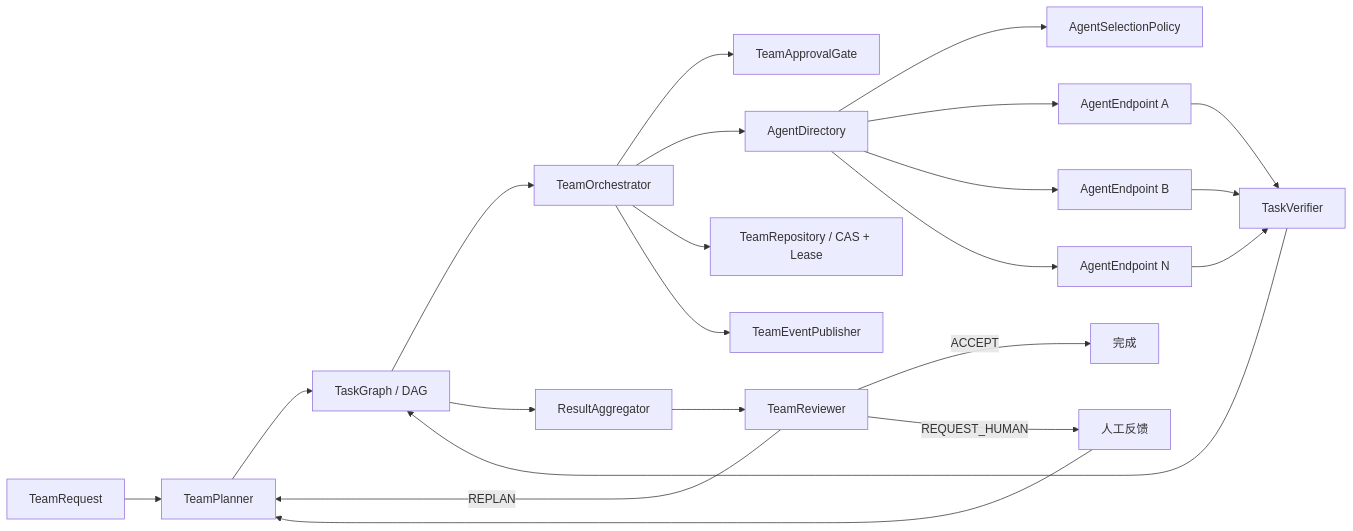
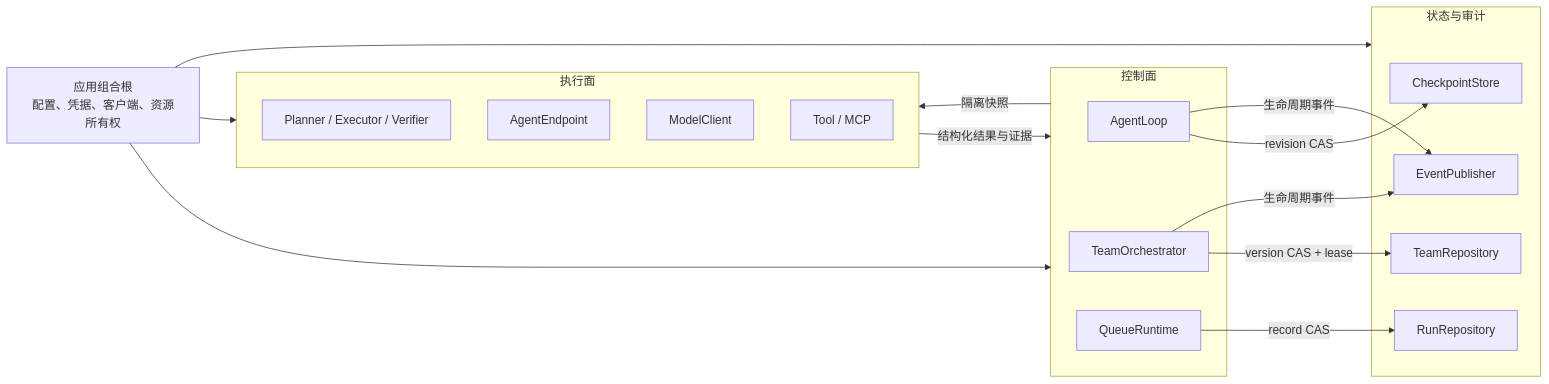
The first of 2 diagrams in docs/architecture.md (huleidada/matterloop), drawn with Mermaid before and after one commit. The commit also changed other lines of this file and 16 other files, not shown here.

````diff
--- a/docs/architecture.md
+++ b/docs/architecture.md
@@ -126,24 +29,35 @@
 ```mermaid
 flowchart LR
-    R["TeamRequest"] --> P["TeamPlanner"]
-    P --> G["TaskGraph / DAG"]
-    G --> O["TeamOrchestrator"]
-    O --> A["TeamApprovalGate"]
-    O --> D["AgentDirectory"]
-    D --> S["AgentSelectionPolicy"]
-    D --> E1["AgentEndpoint A"]
-    D --> E2["AgentEndpoint B"]
-    D --> EN["AgentEndpoint N"]
-    E1 --> V["TaskVerifier"]
-    E2 --> V
-    EN --> V
-    V --> G
-    G --> X["ResultAggregator"]
-    X --> W["TeamReviewer"]
-    W -->|"ACCEPT"| Z["完成"]
-    W -->|"REPLAN"| P
-    W -->|"REQUEST_HUMAN"| H["人工反馈"]
-    H --> P
-    O --> C["TeamRepository / CAS + Lease"]
-    O --> Q["TeamEventPublisher"]
+    Host["应用组合根<br/>配置、凭据、客户端、资源所有权"]
+
+    subgraph Control["控制面"]
+        Loop["AgentLoop"]
+        Team["TeamOrchestrator"]
+        Queue["QueueRuntime"]
+    end
+
+    subgraph Execution["执行面"]
+        Ports["Planner / Executor / Verifier"]
+        Agents["AgentEndpoint"]
+        Models["ModelClient"]
+        Tools["Tool / MCP"]
+    end
+
+    subgraph State["状态与审计"]
+        Checkpoint["CheckpointStore"]
+        TeamRepo["TeamRepository"]
+        RunRepo["RunRepository"]
+        Events["EventPublisher"]
+    end
+
+    Host --> Control
+    Host --> Execution
+    Host --> State
+    Control -- "隔离快照" --> Execution
+    Execution -- "结构化结果与证据" --> Control
+    Loop -- "revision CAS" --> Checkpoint
+    Team -- "version CAS + lease" --> TeamRepo
+    Queue -- "record CAS" --> RunRepo
+    Loop -- "生命周期事件" --> Events
+    Team -- "生命周期事件" --> Events
 ```
````
